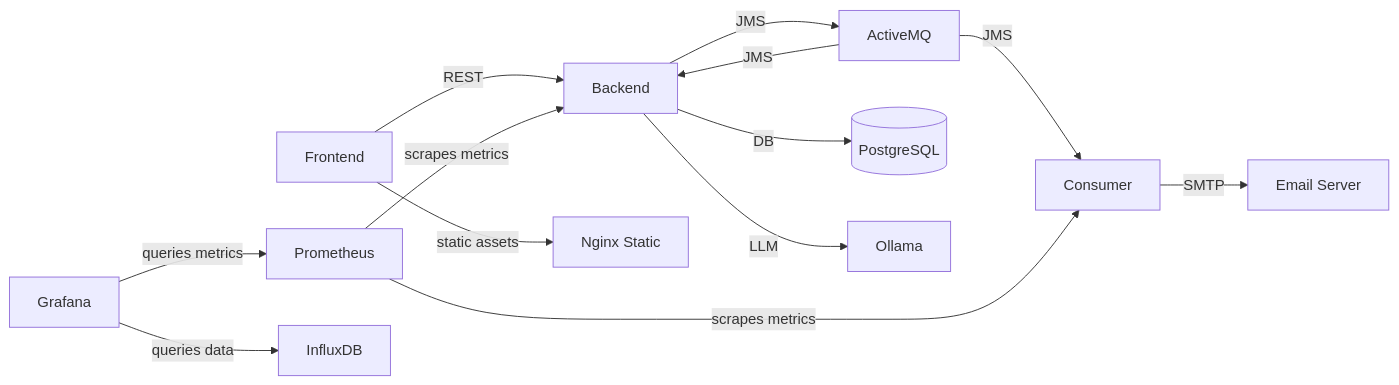
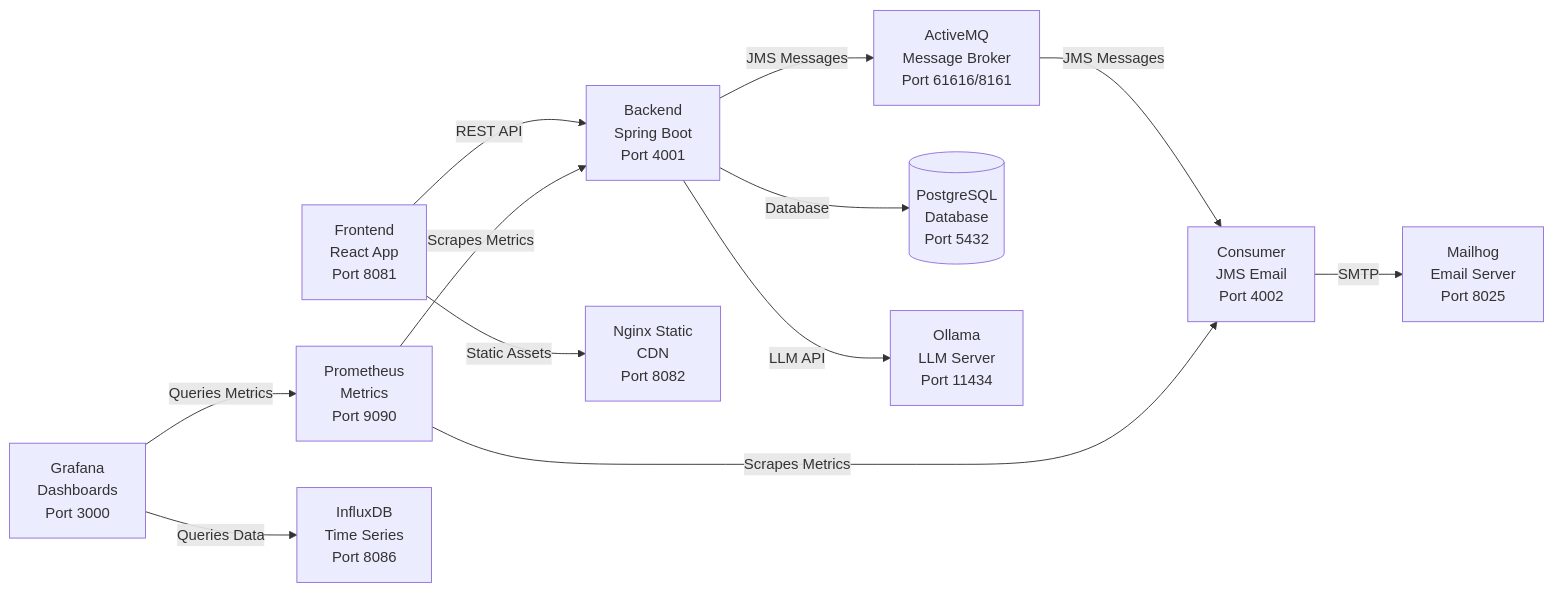
One commit to slawekradzyminski/awesome-localstack changed the diagram in README.md. Above: the diagram before and after it, drawn with Mermaid. The commit also changed other lines of this file, not shown here.

````diff
--- a/README.md
+++ b/README.md
@@ -10,28 +9,28 @@
 ```mermaid
 flowchart LR
-    F[Frontend]
-    B[Backend]
-    MQ[ActiveMQ]
-    C[Consumer]
-    E[Email Server]
-    DB[(PostgreSQL)]
-    PM[Prometheus]
-    IDB[InfluxDB]
-    GF[Grafana]
-    O[Ollama]
-    CDN[Nginx Static]
+    F[Frontend<br/>React App<br/>Port 8081]
+    B[Backend<br/>Spring Boot<br/>Port 4001]
+    MQ[ActiveMQ<br/>Message Broker<br/>Port 61616/8161]
+    C[Consumer<br/>JMS Email<br/>Port 4002]
+    E[Mailhog<br/>Email Server<br/>Port 8025]
+    DB[(PostgreSQL<br/>Database<br/>Port 5432)]
+    PM[Prometheus<br/>Metrics<br/>Port 9090]
+    IDB[InfluxDB<br/>Time Series<br/>Port 8086]
+    GF[Grafana<br/>Dashboards<br/>Port 3000]
+    O[Ollama<br/>LLM Server<br/>Port 11434]
+    CDN[Nginx Static<br/>CDN<br/>Port 8082]
 
-    F -- REST --> B
-    B -- JMS --> MQ
-    MQ -- JMS --> B
-    MQ -- JMS --> C
+    F -- REST API --> B
+    B -- JMS Messages --> MQ
+    MQ -- JMS Messages --> C
     C -- SMTP --> E
-    B -- DB --> DB
-    B -- LLM --> O
-    F -- "static assets" --> CDN
-
-    PM -- "scrapes metrics" --> B
-    PM -- "scrapes metrics" --> C
-    GF -- "queries metrics" --> PM
-    GF -- "queries data" --> IDB
+    B -- Database --> DB
+    B -- LLM API --> O
+    F -- Static Assets --> CDN
+    
+    PM -- Scrapes Metrics --> B
+    PM -- Scrapes Metrics --> C
+    GF -- Queries Metrics --> PM
+    GF -- Queries Data --> IDB
+    
 ```
````
